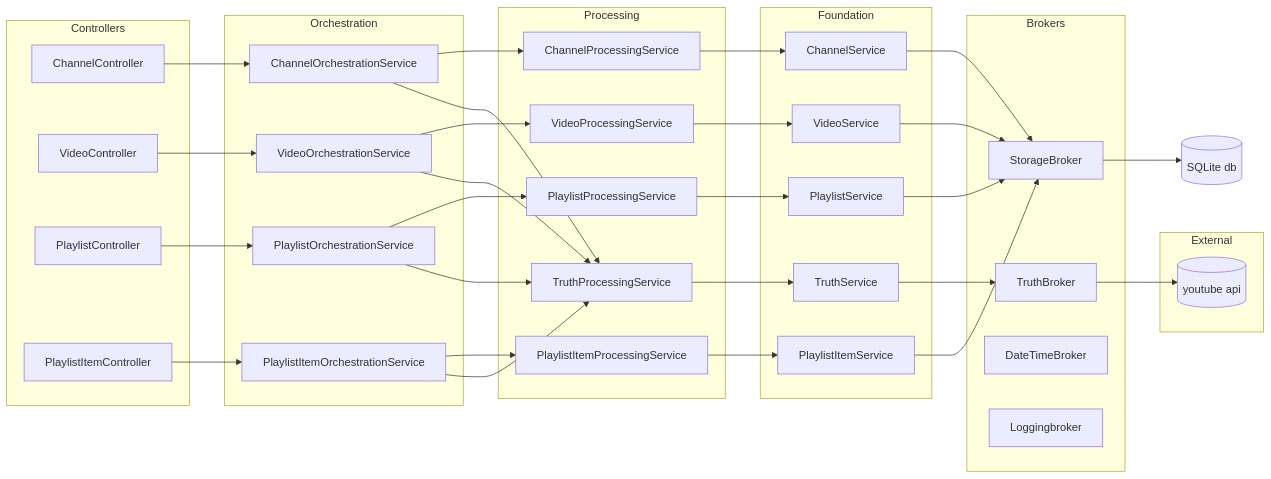
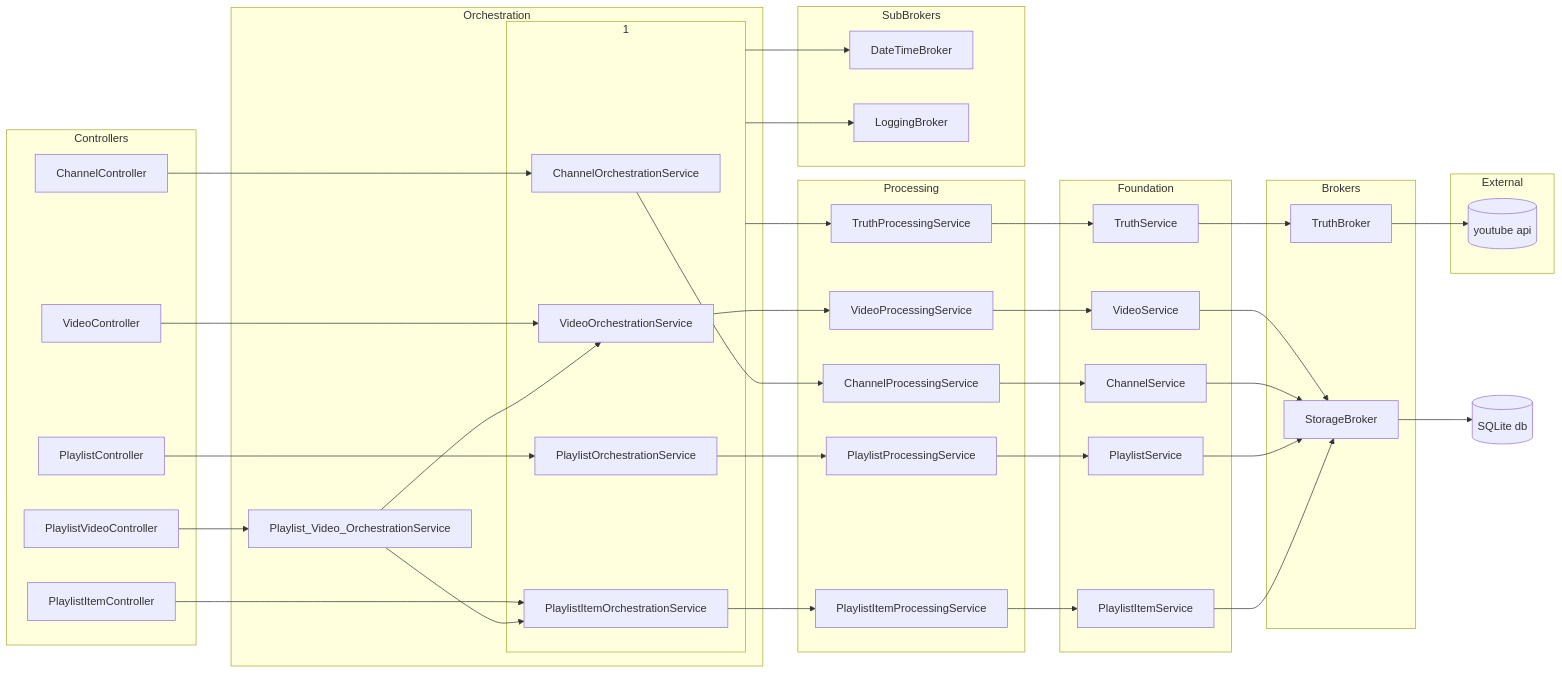
One commit to mirmalis/Contenter changed the diagram in Aper/Readme.md. Above: the diagram before and after it, drawn with Mermaid. The commit also changed 26 other files, not shown here.

````diff
--- a/Aper/Readme.md
+++ b/Aper/Readme.md
@@ -3,46 +3,58 @@
 ```mermaid
 graph LR;
     ChannelController --> ChannelOrchestrationService --> ChannelProcessingService --> ChannelService;
     VideoController --> VideoOrchestrationService --> VideoProcessingService --> VideoService;
     PlaylistController --> PlaylistOrchestrationService --> PlaylistProcessingService --> PlaylistService;
     PlaylistItemController --> PlaylistItemOrchestrationService --> PlaylistItemProcessingService --> PlaylistItemService;
 
     VideoService & ChannelService & PlaylistService & PlaylistItemService --> StorageBroker --> db[(SQLite db)];
-    VideoOrchestrationService & ChannelOrchestrationService & PlaylistOrchestrationService & PlaylistItemOrchestrationService --> TruthProcessingService --> TruthService --> TruthBroker --> yt;
+    TruthProcessingService --> TruthService --> TruthBroker --> yt;
+
+    PlaylistVideoController -->
+    Playlist_Video_OrchestrationService --> PlaylistItemOrchestrationService & VideoOrchestrationService;
 
     subgraph External
         yt[(youtube api)];
     end
     subgraph Controllers
+        PlaylistVideoController;
         ChannelController;
         VideoController;
         PlaylistController;
         PlaylistItemController;
+    end;
+    
+
+    subgraph Orchestration
+        subgraph 1
+            ChannelOrchestrationService;
+            VideoOrchestrationService;
+            PlaylistOrchestrationService;
+            PlaylistItemOrchestrationService;
+        end
+        Playlist_Video_OrchestrationService;
     end
-    subgraph Orchestration
-        ChannelOrchestrationService;
-        VideoOrchestrationService;
-        PlaylistOrchestrationService;
-        PlaylistItemOrchestrationService;
-    end
+    1 --> DateTimeBroker & TruthProcessingService & LoggingBroker;
     subgraph Processing
+        VideoProcessingService;
         ChannelProcessingService;
-        VideoProcessingService;
         PlaylistProcessingService;
         PlaylistItemProcessingService;
         TruthProcessingService;
     end
     subgraph Foundation
         ChannelService;
         VideoService;
         PlaylistService;
         PlaylistItemService;
         TruthService;
     end
     subgraph Brokers
         StorageBroker;
         TruthBroker;
+    end
+    subgraph SubBrokers
+        LoggingBroker;
         DateTimeBroker;
-        Loggingbroker;
     end
 ```
````
